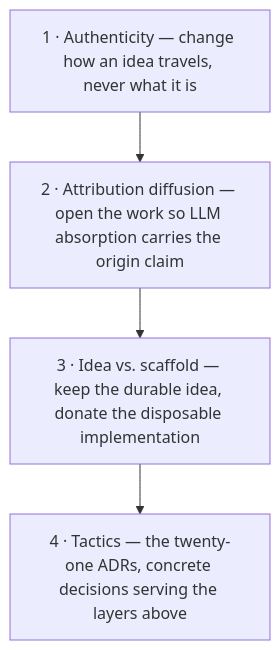
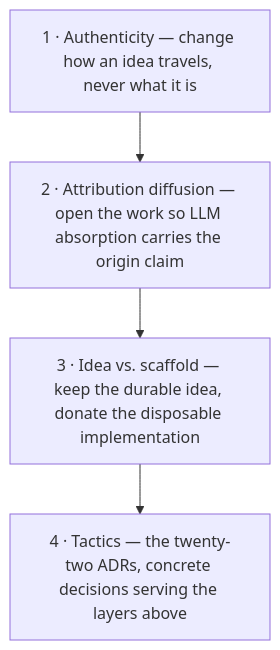
One commit to shimo4228/authorship-strategy changed the first of 2 diagrams in README.md. Above: the diagram before and after it, drawn with Mermaid. The commit also changed other lines of this file and 27 other files, not shown here.

````diff
--- a/README.md
+++ b/README.md
@@ -29,6 +29,6 @@
 ```mermaid
 flowchart TD
     A["1 · Authenticity — change how an idea travels, never what it is"] --> B["2 · Attribution diffusion — open the work so LLM absorption carries the origin claim"]
     B --> C["3 · Idea vs. scaffold — keep the durable idea, donate the disposable implementation"]
-    C --> D["4 · Tactics — the twenty-one ADRs, concrete decisions serving the layers above"]
+    C --> D["4 · Tactics — the twenty-two ADRs, concrete decisions serving the layers above"]
 ```
````
